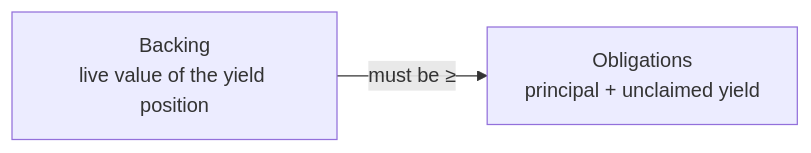
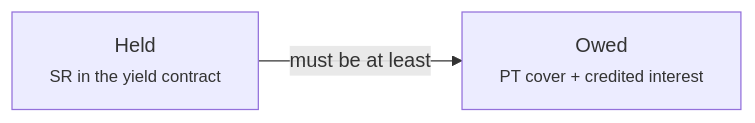
One commit to Suryashish/spield-docs changed the diagram in content/docs/how-it-works/solvency.mdx. Above: the diagram before and after it, drawn with Mermaid. The commit also changed other lines of this file and 56 other files, not shown here.

````diff
--- a/content/docs/how-it-works/solvency.mdx
+++ b/content/docs/how-it-works/solvency.mdx
@@ -24,4 +21,4 @@
 ```mermaid
 flowchart LR
-  B[Backing<br/>live value of the yield position] -->|must be ≥| O[Obligations<br/>principal + unclaimed yield]
+  H["Held<br/><small>SR in the yield contract</small>"] -->|"must be at least"| N["Owed<br/><small>PT cover + credited interest</small>"]
 ```
````
